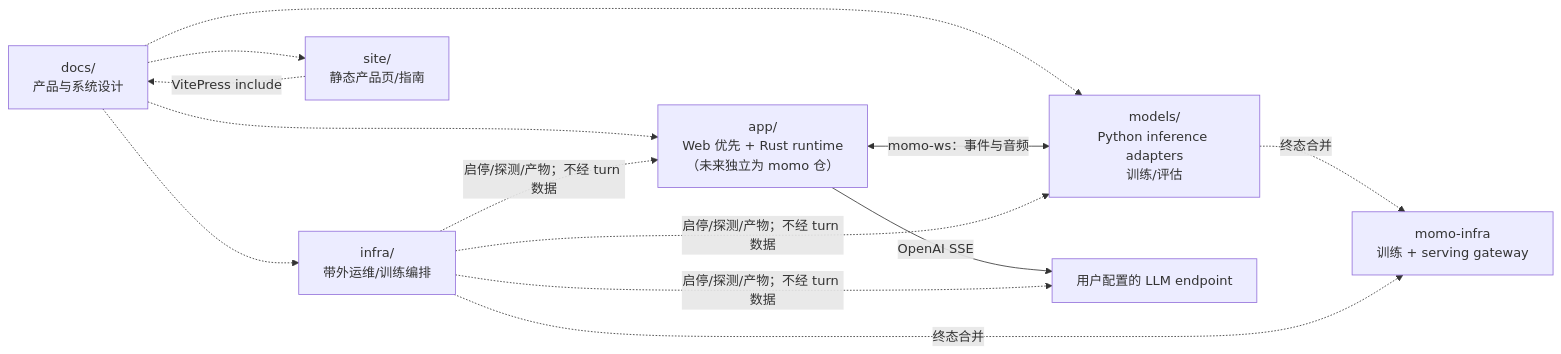
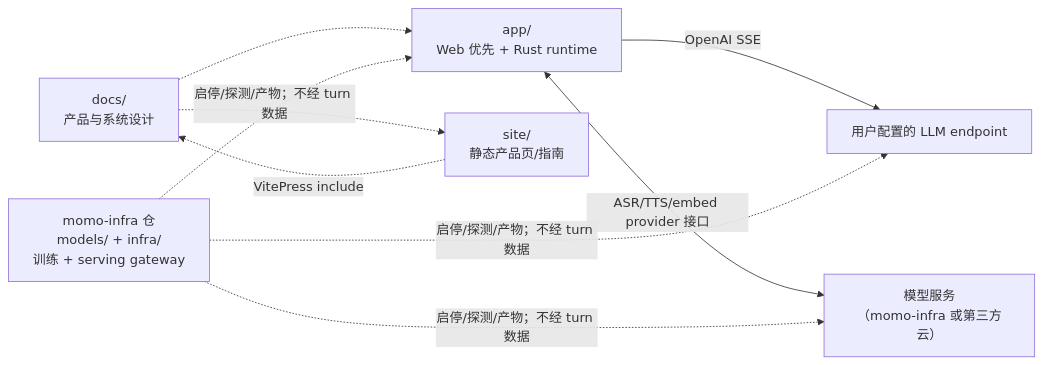
One commit to Momoyeyu/momo changed the diagram in docs/README.md. Above: the diagram before and after it, drawn with Mermaid. The commit also changed other lines of this file and 144 other files, not shown here.

Commit message:
chore: split models/, infra/, evals/voice/ and config schema to momo-infra

````diff
--- a/docs/README.md
+++ b/docs/README.md
@@ -17,12 +17,9 @@
 ```mermaid
 flowchart LR
-    DOCS["docs/<br/>产品与系统设计"] -.-> APP["app/<br/>Web 优先 + Rust runtime<br/>（未来独立为 momo 仓）"]
-    DOCS -.-> MODELS["models/<br/>Python inference adapters<br/>训练/评估"]
-    DOCS -.-> INFRA["infra/<br/>带外运维/训练编排"]
+    DOCS["docs/<br/>产品与系统设计"] -.-> APP["app/<br/>Web 优先 + Rust runtime"]
     DOCS -.-> SITE["site/<br/>静态产品页/指南"]
-    APP <-->|"momo-ws：事件与音频"| MODELS
     APP -->|"OpenAI SSE"| LLM["用户配置的 LLM endpoint"]
-    INFRA -.->|"启停/探测/产物；不经 turn 数据"| APP & MODELS & LLM
+    APP <-->|"ASR/TTS/embed provider 接口"| SERVICES["模型服务<br/>（momo-infra 或第三方云）"]
+    MOINFRA["momo-infra 仓<br/>models/ + infra/<br/>训练 + serving gateway"] -.->|"启停/探测/产物；不经 turn 数据"| APP & SERVICES & LLM
     SITE -.->|"VitePress include"| DOCS
-    MODELS & INFRA -.->|"终态合并"| MOINFRA["momo-infra<br/>训练 + serving gateway"]
 ```
````
